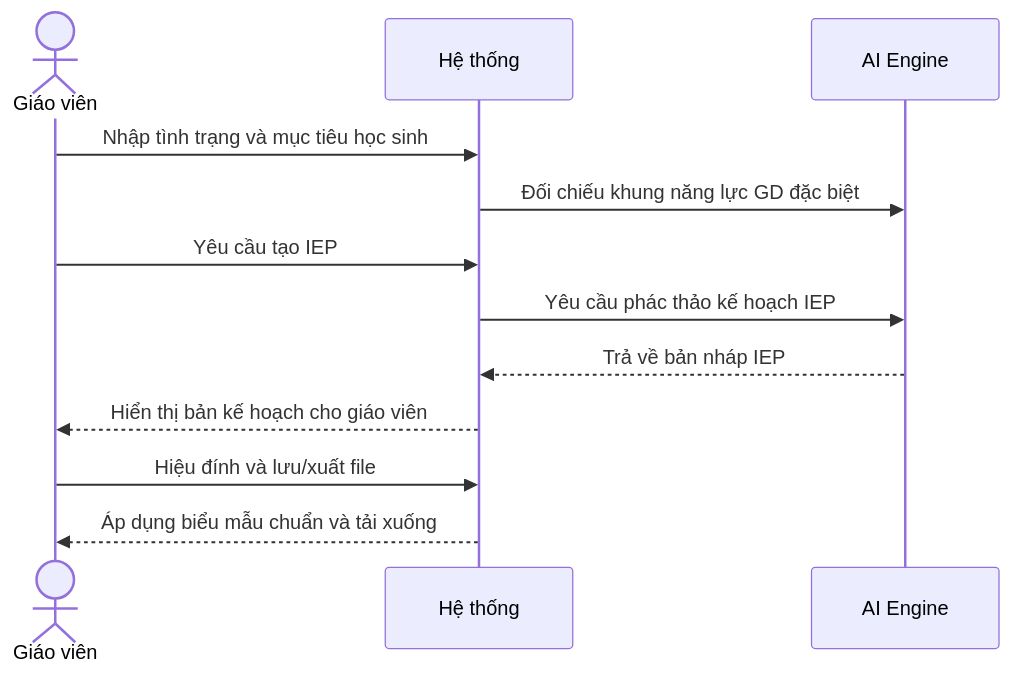
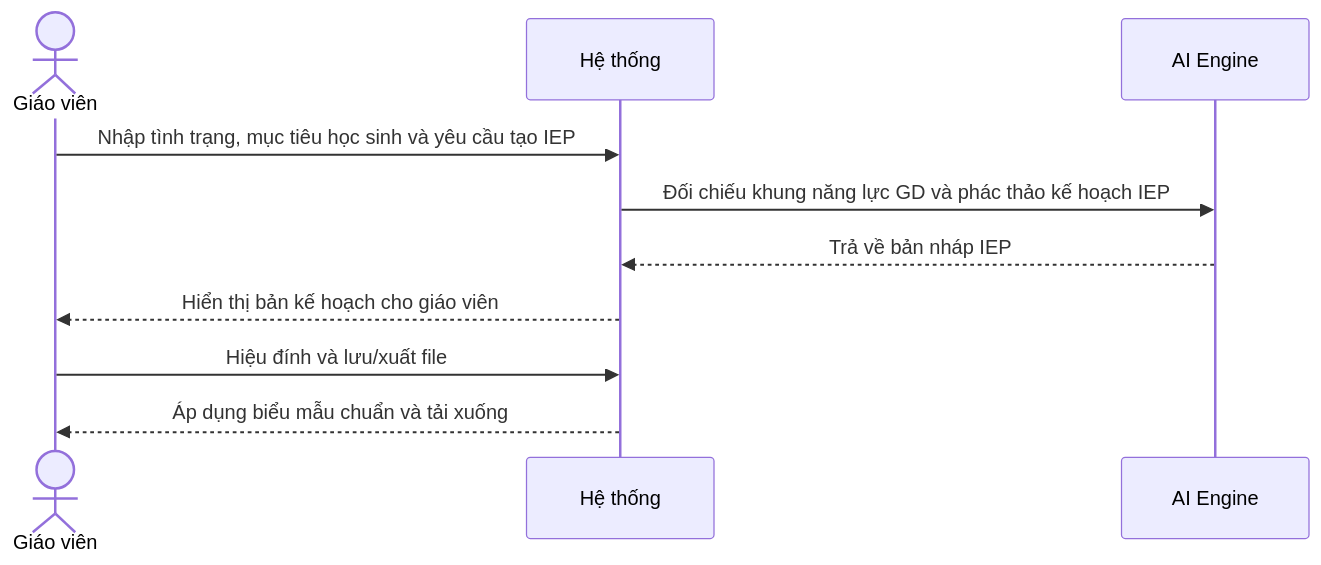
One commit to Cong-ty-TNNH-Q-Tech/Q-School changed the fourth of 4 diagrams in docs/usecase/nhom_2_assessment_feedback.md. Above: the diagram before and after it, drawn with Mermaid. The commit also changed other lines of this file and 4 other files, not shown here.

Commit message:
docs(usecase): standardize all tables and sequence diagrams, fix temporal logic and AI roles

````diff
--- a/docs/usecase/nhom_2_assessment_feedback.md
+++ b/docs/usecase/nhom_2_assessment_feedback.md
@@ -119,15 +111,13 @@
 ```mermaid
 sequenceDiagram
     actor GV as Giáo viên
     participant HT as Hệ thống
     participant AI as AI Engine
 
-    GV->>HT: Nhập tình trạng và mục tiêu học sinh
-    HT->>AI: Đối chiếu khung năng lực GD đặc biệt
-    GV->>HT: Yêu cầu tạo IEP
-    HT->>AI: Yêu cầu phác thảo kế hoạch IEP
+    GV->>HT: Nhập tình trạng, mục tiêu học sinh và yêu cầu tạo IEP
+    HT->>AI: Đối chiếu khung năng lực GD và phác thảo kế hoạch IEP
     AI-->>HT: Trả về bản nháp IEP
     HT-->>GV: Hiển thị bản kế hoạch cho giáo viên
     GV->>HT: Hiệu đính và lưu/xuất file
     HT-->>GV: Áp dụng biểu mẫu chuẩn và tải xuống
 ```
````
